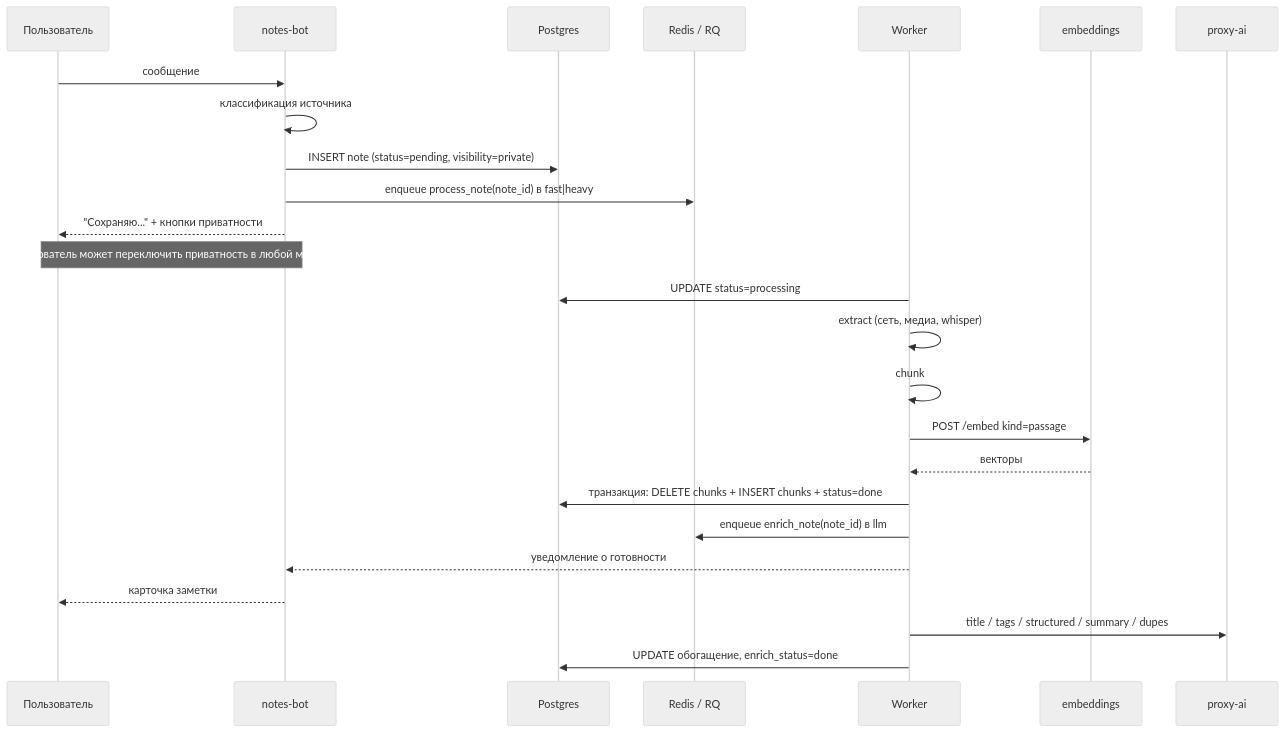
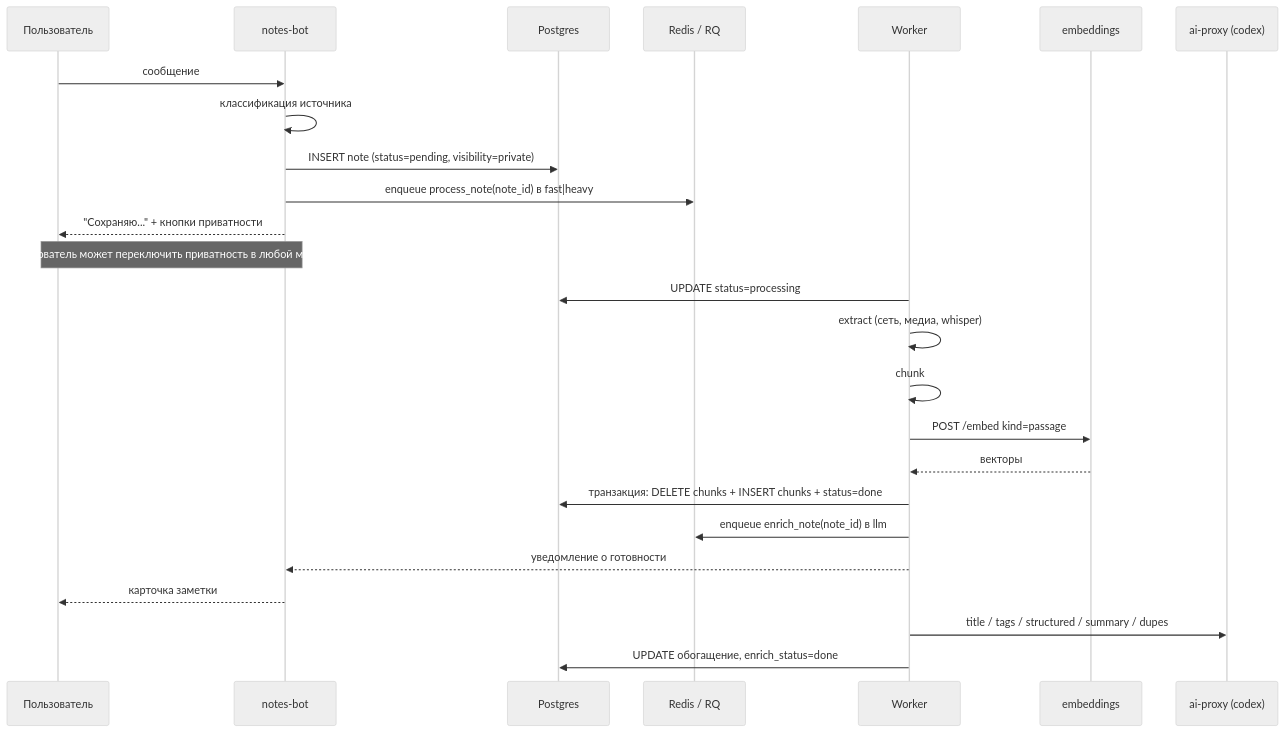
One commit to poohpeer/bot-notes changed the diagram in docs/architecture/03-ingest.md. Above: the diagram before and after it, drawn with Mermaid (neutral theme). The commit also changed other lines of this file and 7 other files, not shown here.

First line of the commit message:
docs(architecture): зафиксировать контракт ai-proxy (провайдер codex)

````diff
--- a/docs/architecture/03-ingest.md
+++ b/docs/architecture/03-ingest.md
@@ -5,30 +5,30 @@
 ```mermaid
 sequenceDiagram
     participant U as Пользователь
     participant B as notes-bot
     participant PG as Postgres
     participant Q as Redis / RQ
     participant W as Worker
     participant E as embeddings
-    participant AI as proxy-ai
+    participant AI as ai-proxy (codex)
 
     U->>B: сообщение
     B->>B: классификация источника
     B->>PG: INSERT note (status=pending, visibility=private)
     B->>Q: enqueue process_note(note_id) в fast|heavy
     B-->>U: "Сохраняю..." + кнопки приватности
     Note over U,B: пользователь может переключить приватность в любой момент
 
     W->>PG: UPDATE status=processing
     W->>W: extract (сеть, медиа, whisper)
     W->>W: chunk
     W->>E: POST /embed kind=passage
     E-->>W: векторы
     W->>PG: транзакция: DELETE chunks + INSERT chunks + status=done
     W->>Q: enqueue enrich_note(note_id) в llm
     W-->>B: уведомление о готовности
     B-->>U: карточка заметки
 
     W->>AI: title / tags / structured / summary / dupes
     W->>PG: UPDATE обогащение, enrich_status=done
 ```
````
